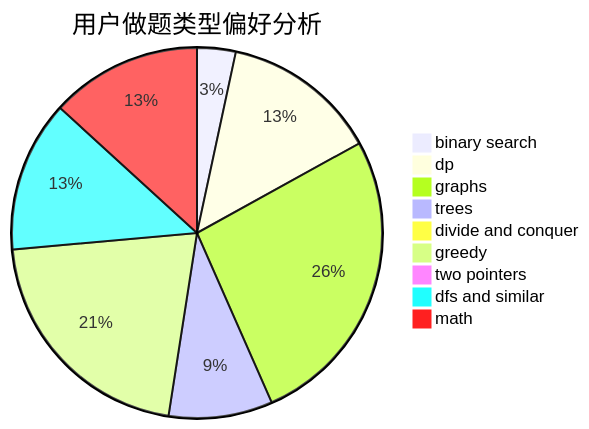
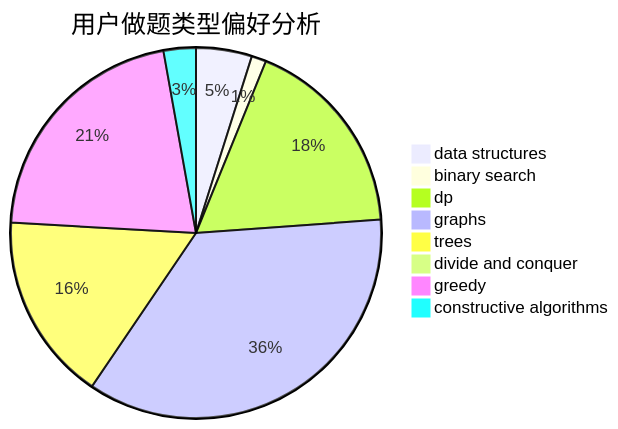
One commit to sherpahu/cfrs.github.io changed the second of 3 diagrams in docs/user/u53.md. Above: the diagram before and after it, drawn with Mermaid. The commit also changed other lines of this file and 2775 other files, not shown here.

````diff
--- a/docs/user/u53.md
+++ b/docs/user/u53.md
@@ -23,12 +23,11 @@
 ```mermaid
 pie title 用户做题类型偏好分析
-    "binary search" :  26
-    "dp" :  105
-    "graphs" :  204
-    "trees" :  70
+    "data structures" :  19
+    "binary search" :  5
+    "dp" :  69
+    "graphs" :  139
+    "trees" :  64
     "divide and conquer" :  0
-    "greedy" :  163
-    "two pointers" :  6
-    "dfs and similar" :  102
-    "math" :  102
+    "greedy" :  83
+    "constructive algorithms" :  11
 ```
````
